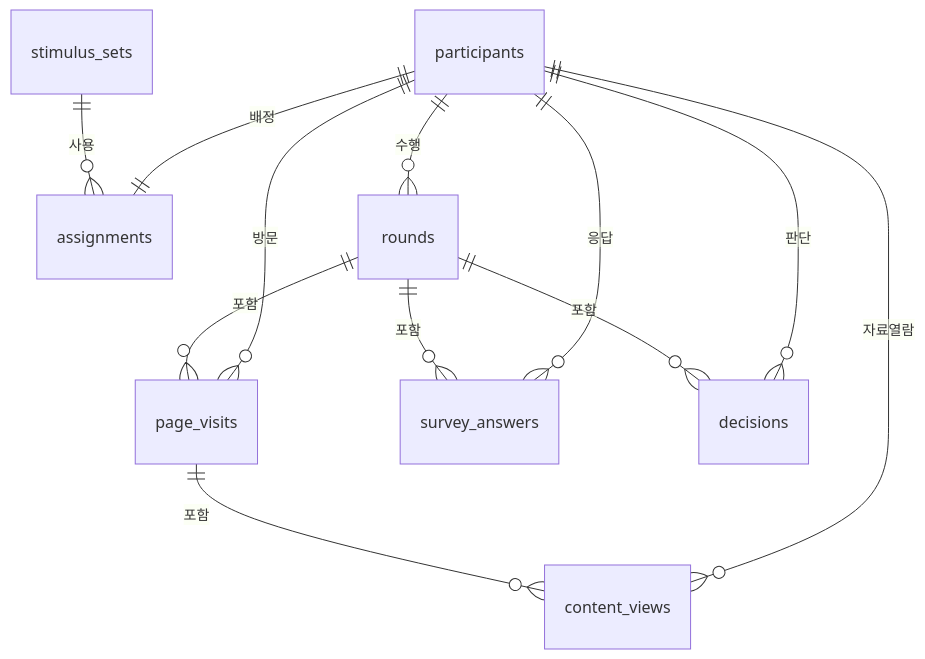
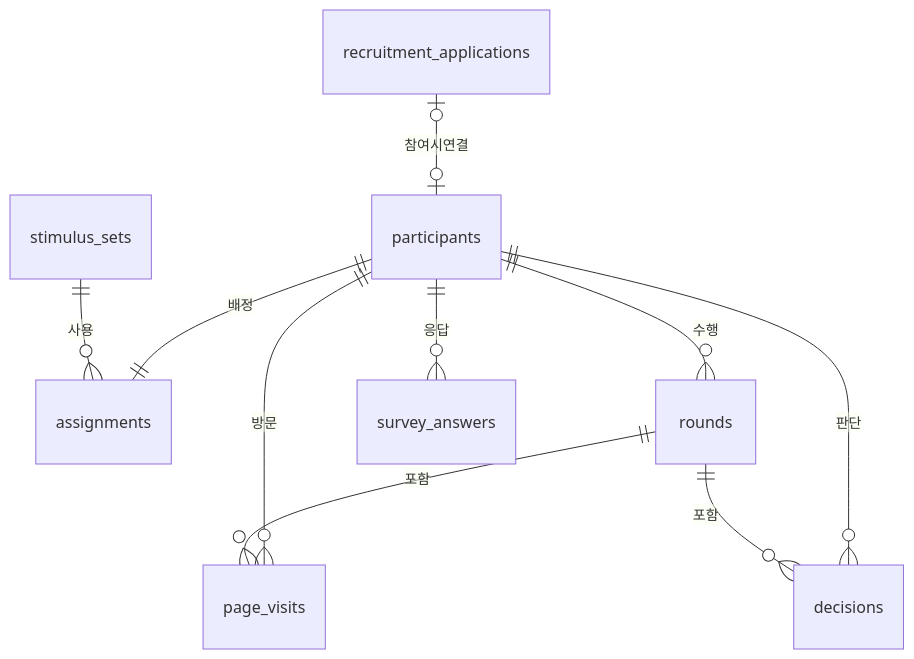
The diagram in README.md (dev-yeinchoi/AURA), drawn with Mermaid before and after one commit. The commit also changed other lines of this file and 1 other file, not shown here.

First line of the commit message:
docs: clarify Supabase setup and study data schema

````diff
--- a/README.md
+++ b/README.md
@@ -64,14 +80,12 @@
 ```mermaid
 erDiagram
+  recruitment_applications o|--o| participants : 참여시연결
   participants ||--|| assignments : 배정
   participants ||--o{ rounds : 수행
   participants ||--o{ page_visits : 방문
   participants ||--o{ survey_answers : 응답
   participants ||--o{ decisions : 판단
-  participants ||--o{ content_views : 자료열람
   stimulus_sets ||--o{ assignments : 사용
   rounds ||--o{ decisions : 포함
   rounds ||--o{ page_visits : 포함
-  rounds ||--o{ survey_answers : 포함
-  page_visits ||--o{ content_views : 포함
 ```
````
